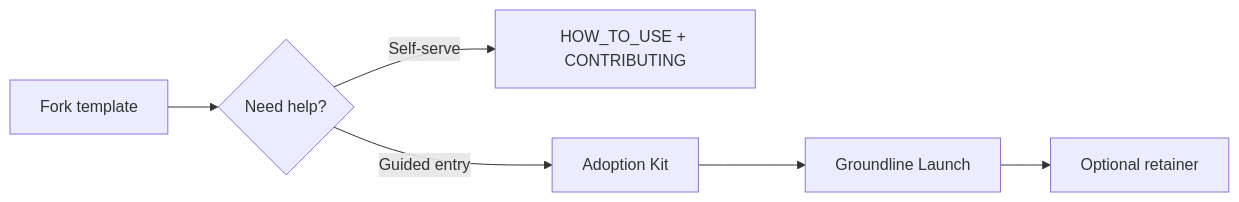
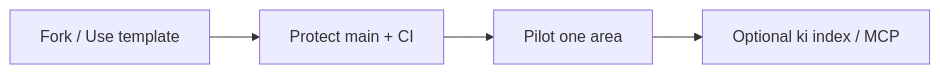
One commit to gyaneshgithub/TeamKM changed the diagram in docs/ADOPTION_OVERVIEW.md. Above: the diagram before and after it, drawn with Mermaid. The commit also changed other lines of this file and 7 other files, not shown here.

````diff
--- a/docs/ADOPTION_OVERVIEW.md
+++ b/docs/ADOPTION_OVERVIEW.md
@@ -44,8 +23,6 @@
 ```mermaid
 flowchart LR
-  A[Fork template] --> B{Need help?}
-  B -->|Self-serve| C[HOW_TO_USE + CONTRIBUTING]
-  B -->|Guided entry| D[Adoption Kit]
-  D --> E[Groundline Launch]
-  E --> F[Optional retainer]
+  A[Fork / Use template] --> B[Protect main + CI]
+  B --> C[Pilot one area]
+  C --> D[Optional ki index / MCP]
 ```
````
